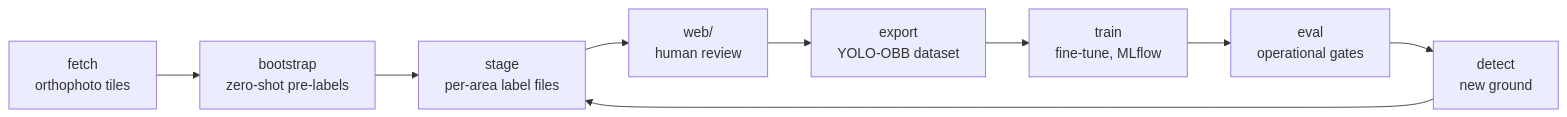
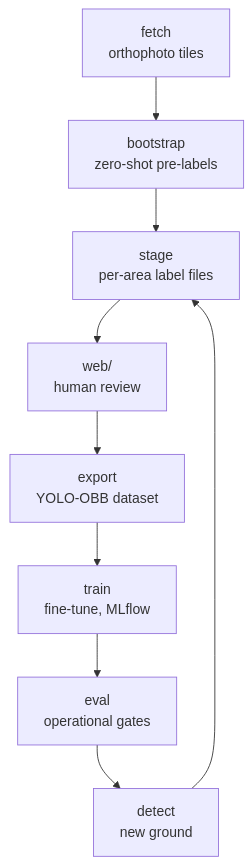
The diagram in README.md (ForumViriumHelsinki/rekka-ai), drawn with Mermaid before and after one commit. The commit also changed other lines of this file, not shown here.

````diff
--- a/README.md
+++ b/README.md
@@ -9,11 +9,11 @@
 ```mermaid
-flowchart LR
+flowchart TD
     fetch[fetch<br>orthophoto tiles] --> bootstrap[bootstrap<br>zero-shot pre-labels]
     bootstrap --> stage[stage<br>per-area label files]
     stage --> review[web/<br>human review]
     review --> export[export<br>YOLO-OBB dataset]
     export --> train[train<br>fine-tune, MLflow]
     train --> eval[eval<br>operational gates]
     eval --> detect[detect<br>new ground]
     detect --> stage
 ```
````
